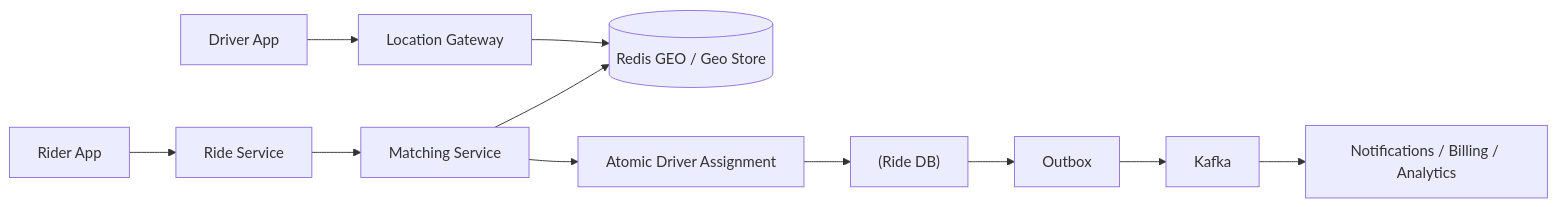
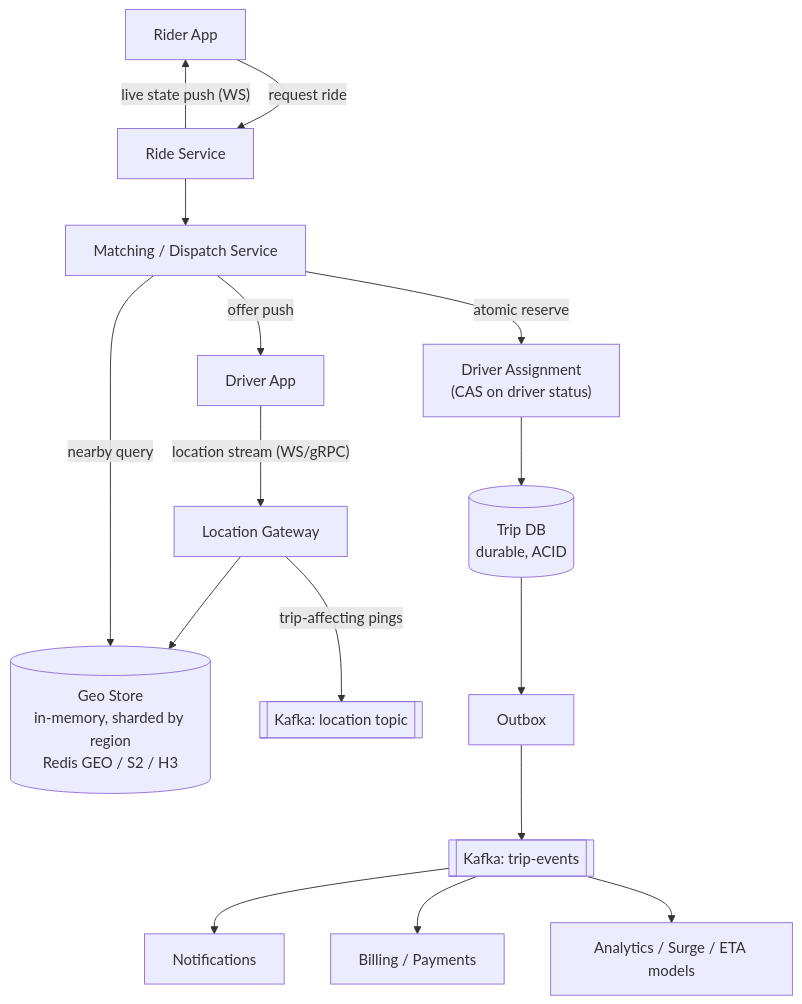
The first of 9 diagrams in files/07-design-questions/13-ride-matching.md (pankajThakur1874/studysheet), drawn with Mermaid before and after one commit. The commit also changed other lines of this file and 5 other files, not shown here.

````diff
--- a/files/07-design-questions/13-ride-matching.md
+++ b/files/07-design-questions/13-ride-matching.md
@@ -67,13 +173,21 @@
 ```mermaid
-flowchart LR
-    DA[Driver App] --> LG[Location Gateway]
-    LG --> GEO[("Redis GEO / Geo Store")]
-    RA[Rider App] --> RS[Ride Service]
-    RS --> MS[Matching Service]
-    MS --> GEO
-    MS --> AS[Atomic Driver Assignment]
-    AS --> DB["(Ride DB)"]
-    DB --> O[Outbox]
-    O --> K[Kafka]
-    K --> N["Notifications / Billing / Analytics"]
+flowchart TD
+    DA["Driver App"] -->|"location stream (WS/gRPC)"| LGW["Location Gateway"]
+    LGW --> GEO[("Geo Store<br/>in-memory, sharded by region<br/>Redis GEO / S2 / H3")]
+    LGW -->|"trip-affecting pings"| KAF[["Kafka: location topic"]]
+
+    RA["Rider App"] -->|"request ride"| RS["Ride Service"]
+    RS --> MS["Matching / Dispatch Service"]
+    MS -->|"nearby query"| GEO
+    MS -->|"atomic reserve"| DAS["Driver Assignment<br/>(CAS on driver status)"]
+    DAS --> TDB[("Trip DB<br/>durable, ACID")]
+
+    TDB --> OBX["Outbox"]
+    OBX --> K[["Kafka: trip-events"]]
+    K --> NOT["Notifications"]
+    K --> BIL["Billing / Payments"]
+    K --> ANA["Analytics / Surge / ETA models"]
+
+    MS -->|"offer push"| DA
+    RS -->|"live state push (WS)"| RA
 ```
````
